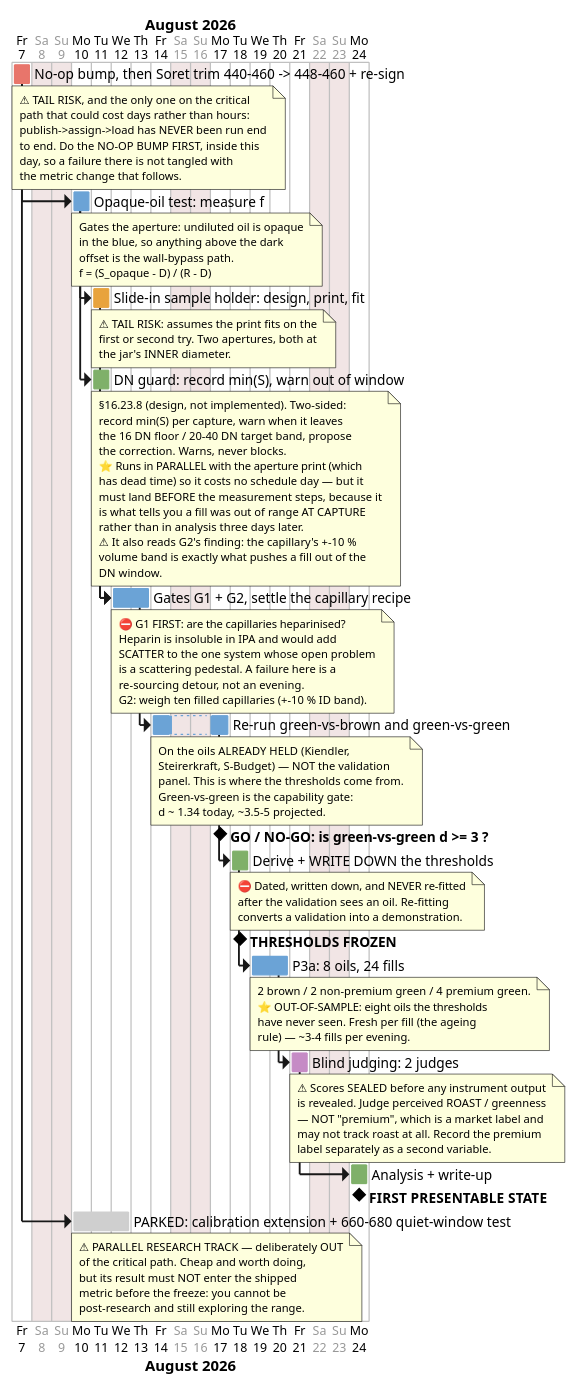
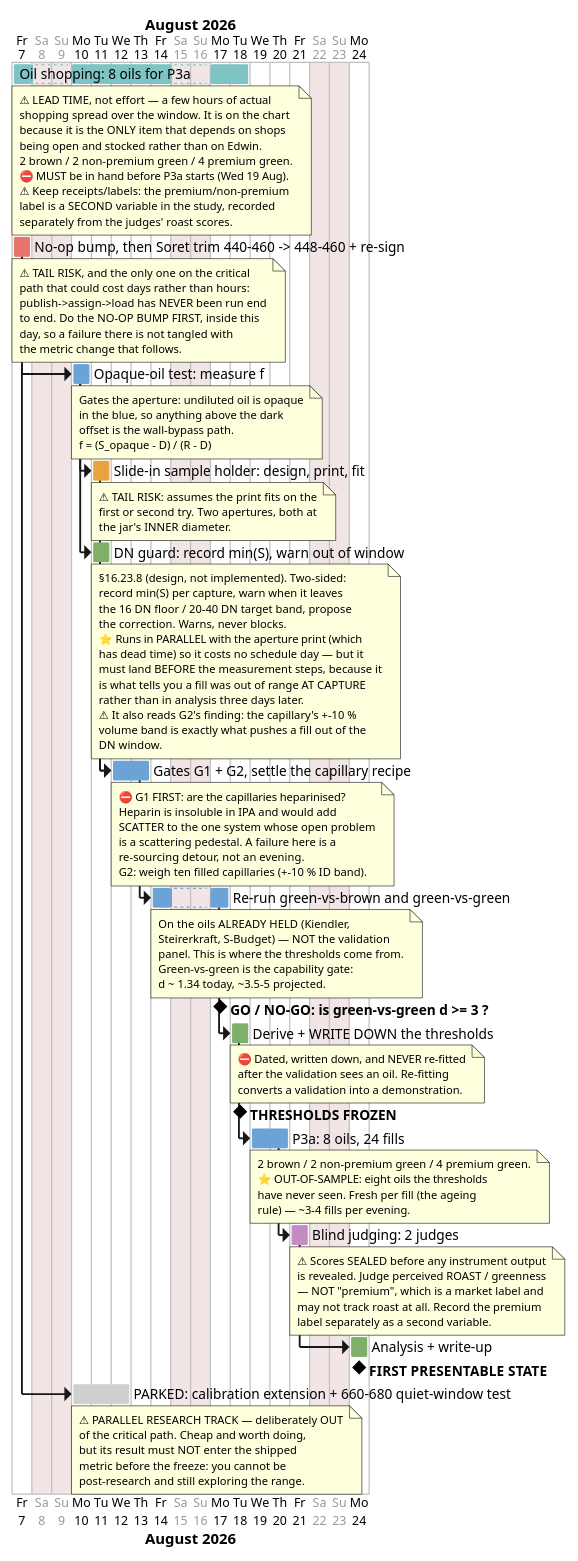
One commit to nidwe72/spectracs-docs changed the diagram in first_presentable_state.puml. Above: the diagram before and after it, drawn with PlantUML. The commit also changed 2 other files, not shown here.

Commit message:
Roadmap + Gantt: the oil shopping as a parallel track
Drawn from day 1 with an 8-working-day window, ending before P3a starts.
It is the only bar on the chart Edwin does not control, which is the reason
it is on the chart at all.

```diff
--- a/first_presentable_state.puml
+++ b/first_presentable_state.puml
@@ -1,169 +1,184 @@
 @startgantt first_presentable_state
 ' Spectracs — the FIRST PRESENTABLE STATE milestone, as a schedule.
 ' Companion to spectracsPy/docs/SPEC_first_presentable_state.md (the prose spec) and ROADMAP.md
 ' (the working backlog, where these appear as NEXT TASK / PRIO 1 / PRIO 2 / PRIO 3a).
 '
 ' The point this surfaces: the path from "the metric still moves" to "the metric and its thresholds are
 ' FROZEN, validated out-of-sample, and presentable to a lab owner" is ~10-12 working days, and only two
 ' items on it carry a real tail. Everything is sequential because each step's output is the next step's
 ' input: the aperture changes the optical path, so the capillary runs must come after it; the thresholds
 ' are derived from the capillary corpus, so they must be frozen before the validation sees any oil.
 '
 ' Durations are EDWIN's estimates (2026-08-06), from his own bench pace, and sum to 12 working days
 ' - the upper end of his 10-12 range, because a plan should not be built on the optimistic end.
 ' ⚠ Two items carry a tail (marked red/orange): the never-rig-verified publish path and the print fit.
 ' Budget 13-15 days if either fights back. Effort-days, not calendar.
 ' Regenerate: java -jar plantuml.jar -tsvg first_presentable_state.puml
 
 printscale daily
 saturday are closed
 sunday are closed
 
 ' Start = TOMORROW (this was written 2026-08-06, a Thursday).
 Project starts the 7th of August 2026
 
 ' ── colours ───────────────────────────────────────────────────────────────────────
 ' green  = software / desk       blue = bench measurement
 ' orange = build / fabrication   red  = carries a tail risk
 <style>
 ganttDiagram {
   task {
     FontName Verdana
     FontSize 11
   }
   milestone {
     FontSize 11
     FontStyle bold
   }
 }
 </style>
+
+' ── PARALLEL: the only item that depends on anyone but Edwin ──────────────────────
+[Oil shopping: 8 oils for P3a] as [SHOP] lasts 8 days
+[SHOP] is colored in #7EC4C4
+note bottom
+  ⚠ LEAD TIME, not effort — a few hours of actual
+  shopping spread over the window. It is on the chart
+  because it is the ONLY item that depends on shops
+  being open and stocked rather than on Edwin.
+  2 brown / 2 non-premium green / 4 premium green.
+  ⛔ MUST be in hand before P3a starts (Wed 19 Aug).
+  ⚠ Keep receipts/labels: the premium/non-premium
+  label is a SECOND variable in the study, recorded
+  separately from the judges' roast scores.
+end note
 
 ' ── 0 · unblock the plugin path ───────────────────────────────────────────────────
 [No-op bump, then Soret trim 440-460 -> 448-460 + re-sign] as [TRIM] lasts 1 day
 [TRIM] is colored in #E8756B
 note bottom
   ⚠ TAIL RISK, and the only one on the critical
   path that could cost days rather than hours:
   publish->assign->load has NEVER been run end
   to end. Do the NO-OP BUMP FIRST, inside this
   day, so a failure there is not tangled with
   the metric change that follows.
 end note
 
 ' ── 1 · the sample path ───────────────────────────────────────────────────────────
 [Opaque-oil test: measure f] as [FTEST] lasts 1 day
 [FTEST] starts at [TRIM]'s end
 [FTEST] is colored in #6BA3D6
 note bottom
   Gates the aperture: undiluted oil is opaque
   in the blue, so anything above the dark
   offset is the wall-bypass path.
   f = (S_opaque - D) / (R - D)
 end note
 
 [Slide-in sample holder: design, print, fit] as [APERTURE] lasts 1 day
 [APERTURE] starts at [FTEST]'s end
 [APERTURE] is colored in #E8A33D
 note bottom
   ⚠ TAIL RISK: assumes the print fits on the
   first or second try. Two apertures, both at
   the jar's INNER diameter.
 end note
 
 [DN guard: record min(S), warn out of window] as [DNGUARD] lasts 1 day
 [DNGUARD] starts at [FTEST]'s end
 [DNGUARD] is colored in #7FB069
 note bottom
   §16.23.8 (design, not implemented). Two-sided:
   record min(S) per capture, warn when it leaves
   the 16 DN floor / 20-40 DN target band, propose
   the correction. Warns, never blocks.
   ⭐ Runs in PARALLEL with the aperture print (which
   has dead time) so it costs no schedule day — but it
   must land BEFORE the measurement steps, because it
   is what tells you a fill was out of range AT CAPTURE
   rather than in analysis three days later.
   ⚠ It also reads G2's finding: the capillary's +-10 %
   volume band is exactly what pushes a fill out of the
   DN window.
 end note
 
 ' ── 2 · the preparation path ──────────────────────────────────────────────────────
 [Gates G1 + G2, settle the capillary recipe] as [GATES] lasts 2 days
 [GATES] starts at [APERTURE]'s end
 [GATES] starts at [DNGUARD]'s end
 [GATES] is colored in #6BA3D6
 note bottom
   ⛔ G1 FIRST: are the capillaries heparinised?
   Heparin is insoluble in IPA and would add
   SCATTER to the one system whose open problem
   is a scattering pedestal. A failure here is a
   re-sourcing detour, not an evening.
   G2: weigh ten filled capillaries (+-10 % ID band).
 end note
 
 [Re-run green-vs-brown and green-vs-green] as [RERUN] lasts 2 days
 [RERUN] starts at [GATES]'s end
 [RERUN] is colored in #6BA3D6
 note bottom
   On the oils ALREADY HELD (Kiendler,
   Steirerkraft, S-Budget) — NOT the validation
   panel. This is where the thresholds come from.
   Green-vs-green is the capability gate:
   d ~ 1.34 today, ~3.5-5 projected.
 end note
 
 [GO / NO-GO: is green-vs-green d >= 3 ?] as [GONOGO] happens at [RERUN]'s end
 
 ' ── 3 · freeze, then validate out-of-sample ───────────────────────────────────────
 [Derive + WRITE DOWN the thresholds] as [FREEZE] lasts 1 day
 [FREEZE] starts at [RERUN]'s end
 [FREEZE] is colored in #7FB069
 note bottom
   ⛔ Dated, written down, and NEVER re-fitted
   after the validation sees an oil. Re-fitting
   converts a validation into a demonstration.
 end note
 
 [THRESHOLDS FROZEN] as [FROZEN] happens at [FREEZE]'s end
 
 [P3a: 8 oils, 24 fills] as [P3AMEAS] lasts 2 days
 [P3AMEAS] starts at [FREEZE]'s end
 [P3AMEAS] is colored in #6BA3D6
 note bottom
   2 brown / 2 non-premium green / 4 premium green.
   ⭐ OUT-OF-SAMPLE: eight oils the thresholds
   have never seen. Fresh per fill (the ageing
   rule) — ~3-4 fills per evening.
 end note
 
 [Blind judging: 2 judges] as [JUDGE] lasts 1 day
 [JUDGE] starts at [P3AMEAS]'s end
 [JUDGE] is colored in #C58BC5
 note bottom
   ⚠ Scores SEALED before any instrument output
   is revealed. Judge perceived ROAST / greenness
   — NOT "premium", which is a market label and
   may not track roast at all. Record the premium
   label separately as a second variable.
 end note
 
 [Analysis + write-up] as [WRITEUP] lasts 1 day
 [WRITEUP] starts at [JUDGE]'s end
 [WRITEUP] is colored in #7FB069
 
 [FIRST PRESENTABLE STATE] as [PRESENT] happens at [WRITEUP]'s end
 
 ' ── the parked research track ─────────────────────────────────────────────────────
 [PARKED: calibration extension + 660-680 quiet-window test] as [PARKED] lasts 3 days
 [PARKED] starts at [TRIM]'s end
 [PARKED] is colored in #CFCFCF
 note bottom
   ⚠ PARALLEL RESEARCH TRACK — deliberately OUT
   of the critical path. Cheap and worth doing,
   but its result must NOT enter the shipped
   metric before the freeze: you cannot be
   post-research and still exploring the range.
 end note
 
 @endgantt
```
